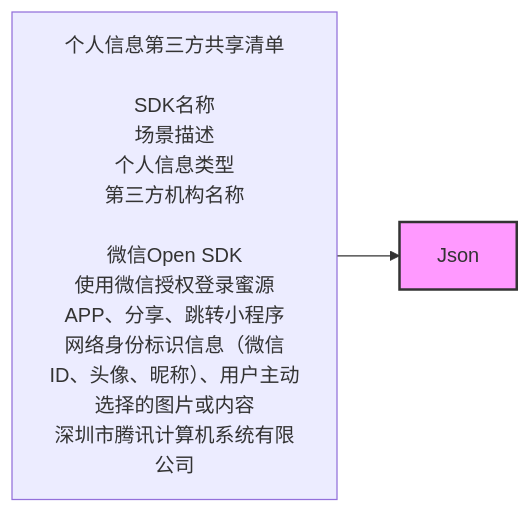
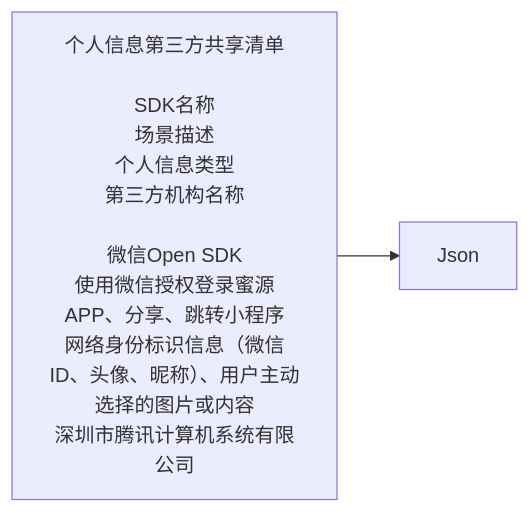
The diagram in all/未命名-5.md (milaLIAN/iodraw-files), drawn with Mermaid before and after one commit.

Commit message:
2024-05-10 17:39:54 update

````diff
--- a/all/未命名-5.md
+++ b/all/未命名-5.md
@@ -1,14 +1,14 @@
 ```mermaid
 flowchart LR
     id1[个人信息第三方共享清单<br><br>SDK名称<br>场景描述<br>个人信息类型<br>第三方机构名称<br><br>微信Open SDK<br>使用微信授权登录蜜源APP、分享、跳转小程序<br>网络身份标识信息（微信ID、头像、昵称）、用户主动选择的图片或内容<br>深圳市腾讯计算机系统有限公司]
     id2[Json]
 
     id1-->id2
 
-   %% click id1 "javascript:showJson()" "Show JSON"
+    click id1 "javascript:showJson()" "Show JSON"
 
     %% JSON部分隐藏，点击表格触发显示
-    classDef jsonClass fill:#f9f,stroke:#333,stroke-width:2px;
-    class id2 jsonClass
+   %% classDef jsonClass fill:#f9f,stroke:#333,stroke-width:2px;
+    %%class id2 jsonClass
 
 ```
````
